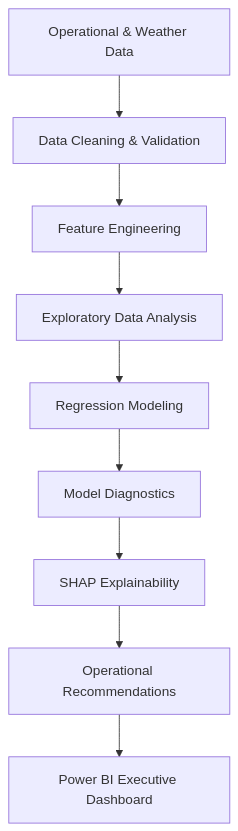
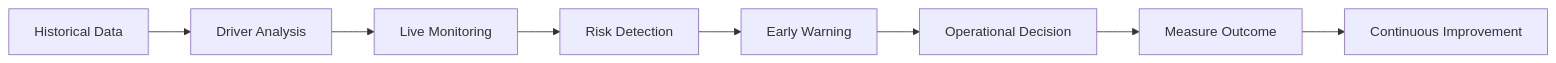
One commit to danyyen/dp-driver-analysis changed the second of 2 diagrams in README.md. Above: the diagram before and after it, drawn with Mermaid. The commit also changed other lines of this file, not shown here.

````diff
--- a/README.md
+++ b/README.md
@@ -44,11 +626,10 @@
 ```mermaid
-flowchart TD
-    A[Operational & Weather Data] --> B[Data Cleaning & Validation]
-    B --> C[Feature Engineering]
-    C --> D[Exploratory Data Analysis]
-    D --> E[Regression Modeling]
-    E --> F[Model Diagnostics]
-    F --> G[SHAP Explainability]
-    G --> H[Operational Recommendations]
-    H --> I[Power BI Executive Dashboard]
+flowchart LR
+    A["Historical Data"] --> B["Driver Analysis"]
+    B --> C["Live Monitoring"]
+    C --> D["Risk Detection"]
+    D --> E["Early Warning"]
+    E --> F["Operational Decision"]
+    F --> G["Measure Outcome"]
+    G --> H["Continuous Improvement"]
 ```
````
